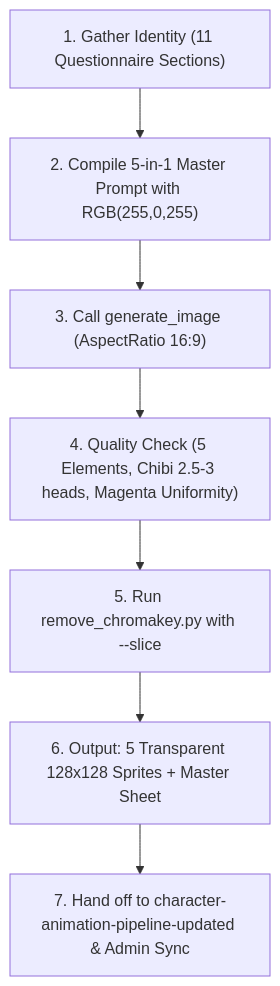
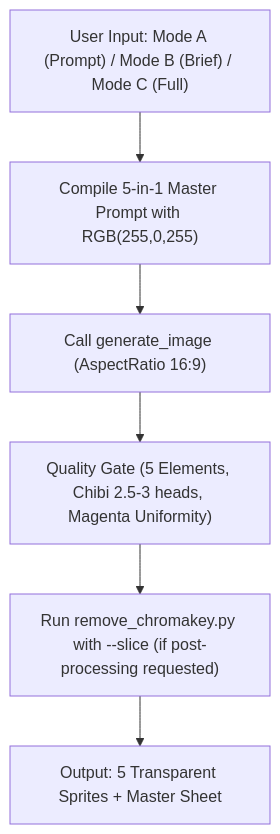
Before and after one commit to oneruit/roguelike-coop-game: the diagram in .agents/skills/character-pipeline/SKILL.md, drawn with Mermaid. The commit also changed other lines of this file, not shown here.

Commit message:
feat(pipeline): add user input modes and auto-enrichment fallback rules

````diff
--- a/.agents/skills/character-pipeline/SKILL.md
+++ b/.agents/skills/character-pipeline/SKILL.md
@@ -173,9 +185,8 @@
 ```mermaid
 flowchart TD
-    A["1. Gather Identity (11 Questionnaire Sections)"] --> B["2. Compile 5-in-1 Master Prompt with RGB(255,0,255)"]
-    B --> C["3. Call generate_image (AspectRatio 16:9)"]
-    C --> D["4. Quality Check (5 Elements, Chibi 2.5-3 heads, Magenta Uniformity)"]
-    D --> E["5. Run remove_chromakey.py with --slice"]
-    E --> F["6. Output: 5 Transparent 128x128 Sprites + Master Sheet"]
-    F --> G["7. Hand off to character-animation-pipeline-updated & Admin Sync"]
+    A["User Input: Mode A (Prompt) / Mode B (Brief) / Mode C (Full)"] --> B["Compile 5-in-1 Master Prompt with RGB(255,0,255)"]
+    B --> C["Call generate_image (AspectRatio 16:9)"]
+    C --> D["Quality Gate (5 Elements, Chibi 2.5-3 heads, Magenta Uniformity)"]
+    D --> E["Run remove_chromakey.py with --slice (if post-processing requested)"]
+    E --> F["Output: 5 Transparent Sprites + Master Sheet"]
 ```
````
